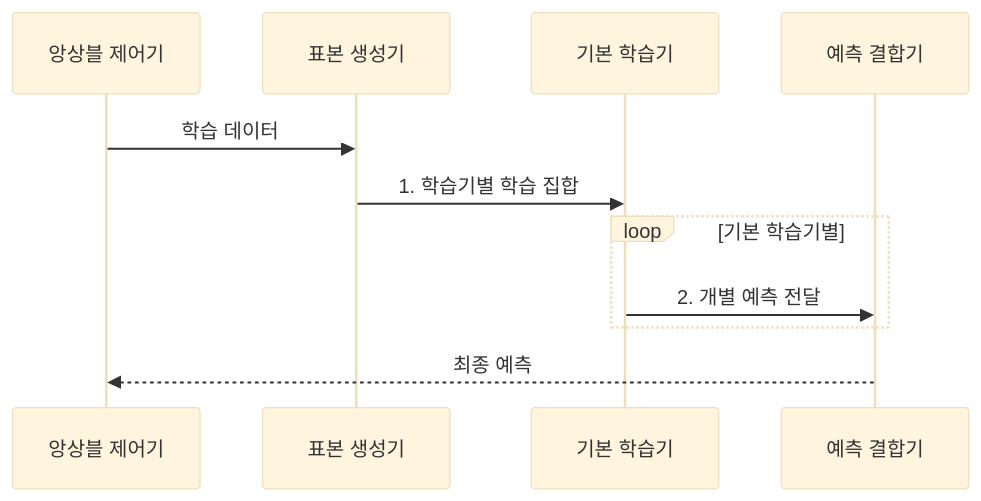
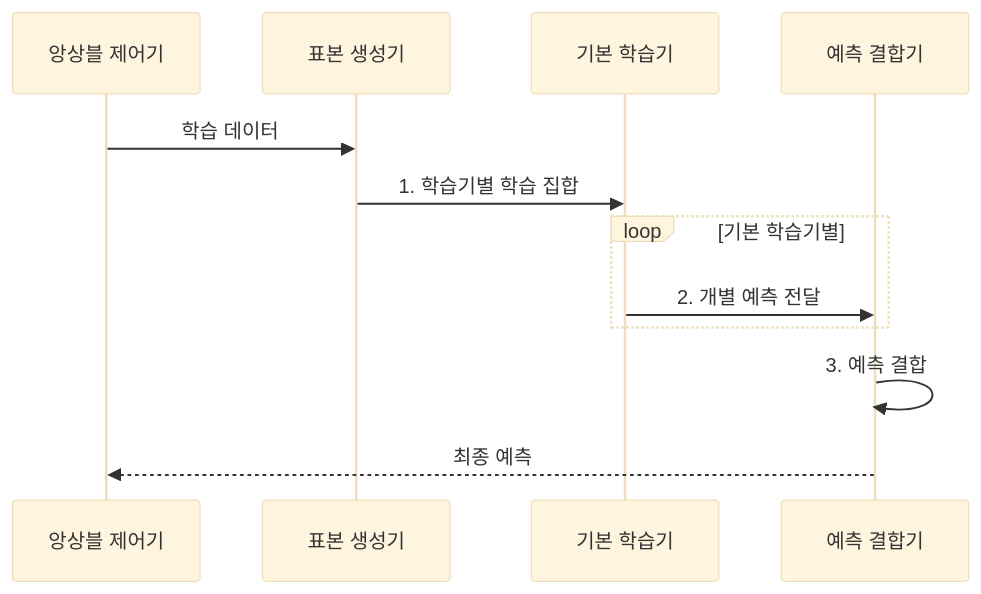
One commit to agnusdei1207/knowledge-base changed the second of 2 diagrams in src/content/docs/notes/01-basic-theory/052_ensemble_learning.md. Above: the diagram before and after it, drawn with Mermaid (base theme). The commit also changed other lines of this file and 8 other files, not shown here.

````diff
--- a/src/content/docs/notes/01-basic-theory/052_ensemble_learning.md
+++ b/src/content/docs/notes/01-basic-theory/052_ensemble_learning.md
@@ -98,13 +98,14 @@
 ```mermaid
 sequenceDiagram
     participant T as 앙상블 제어기
     participant S as 표본 생성기
     participant B as 기본 학습기
     participant A as 예측 결합기
     T->>S: 학습 데이터
     S->>B: 1. 학습기별 학습 집합
     loop 기본 학습기별
         B->>A: 2. 개별 예측 전달
     end
+    A->>A: 3. 예측 결합
     A-->>T: 최종 예측
 ```
````
